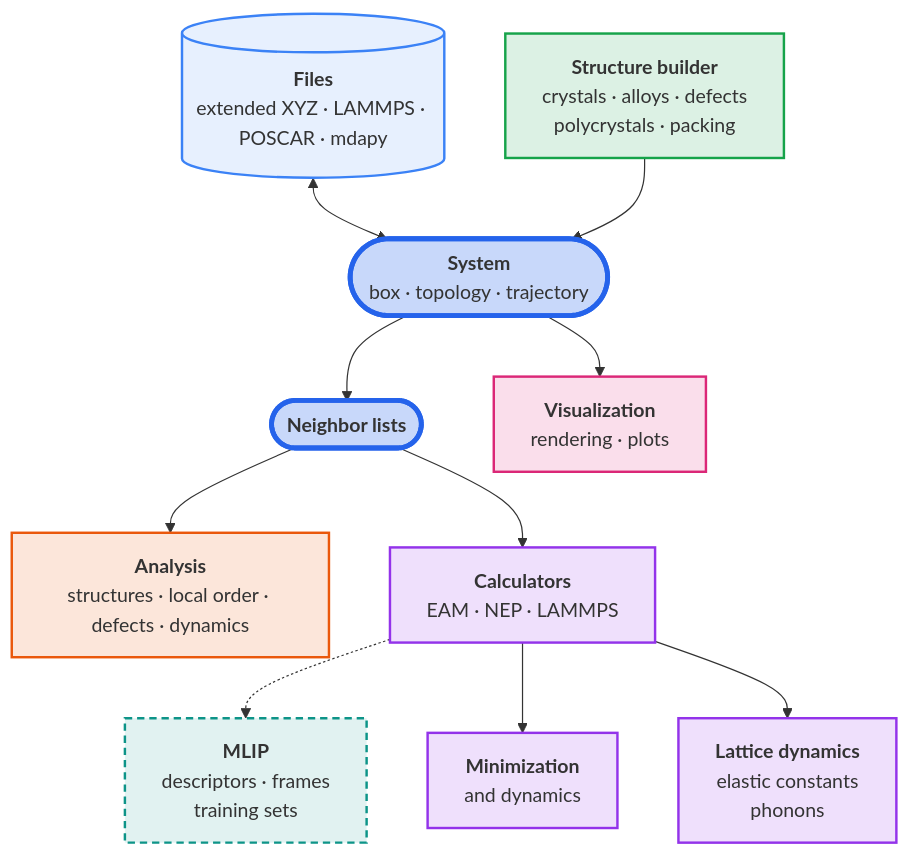
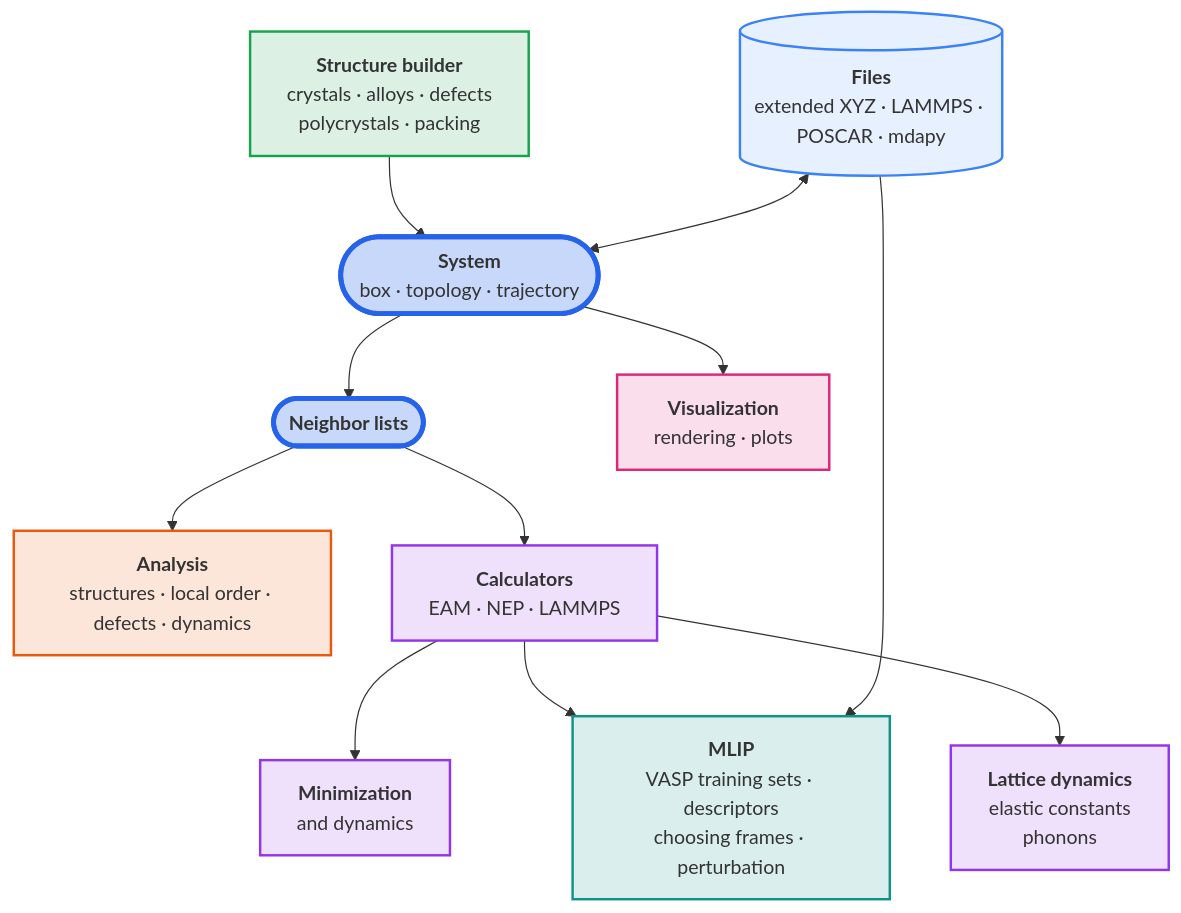
Before and after one commit to mushroomfire/mdapy: the diagram in docs/index.md, drawn with Mermaid. The commit also changed other lines of this file and 16 other files, not shown here.

First line of the commit message:
Training sets from VASP, choosing frames and perturbed structures

````diff
--- a/docs/index.md
+++ b/docs/index.md
@@ -26,38 +26,39 @@
 ```mermaid
 flowchart TB
     files[("<b>Files</b><br/>extended XYZ · LAMMPS · POSCAR · mdapy")]
     build["<b>Structure builder</b><br/>crystals · alloys · defects<br/>polycrystals · packing"]
     system(["<b>System</b><br/>box · topology · trajectory"])
     neighbors(["<b>Neighbor lists</b>"])
     visual["<b>Visualization</b><br/>rendering · plots"]
-    mlip["<b>MLIP</b><br/>descriptors · frames<br/>training sets"]
+    mlip["<b>MLIP</b><br/>VASP training sets · descriptors<br/>choosing frames · perturbation"]
     analysis["<b>Analysis</b><br/>structures · local order · defects · dynamics"]
     calculators["<b>Calculators</b><br/>EAM · NEP · LAMMPS"]
     minimization["<b>Minimization</b><br/>and dynamics"]
     lattice["<b>Lattice dynamics</b><br/>elastic constants<br/>phonons"]
 
     files <--> system
     build --> system
     system --> neighbors
     system --> visual
-    calculators -.-> mlip
+    files --> mlip
+    calculators --> mlip
     neighbors --> analysis
     neighbors --> calculators
     calculators --> minimization
     calculators --> lattice
 
     classDef core fill:#2563eb40,stroke:#2563eb,stroke-width:4px
     classDef data fill:#3b82f61f,stroke:#3b82f6,stroke-width:2px
     classDef analysis fill:#ea580c26,stroke:#ea580c,stroke-width:2px
     classDef simulation fill:#9333ea26,stroke:#9333ea,stroke-width:2px
     classDef build fill:#16a34a26,stroke:#16a34a,stroke-width:2px
     classDef visual fill:#db277726,stroke:#db2777,stroke-width:2px
-    classDef mlip fill:#0d94881f,stroke:#0d9488,stroke-width:2px,stroke-dasharray:6 4
+    classDef mlip fill:#0d948826,stroke:#0d9488,stroke-width:2px
     class system,neighbors core
     class files data
     class analysis analysis
     class calculators,minimization,lattice simulation
     class build build
     class visual visual
     class mlip mlip
 ```
````
